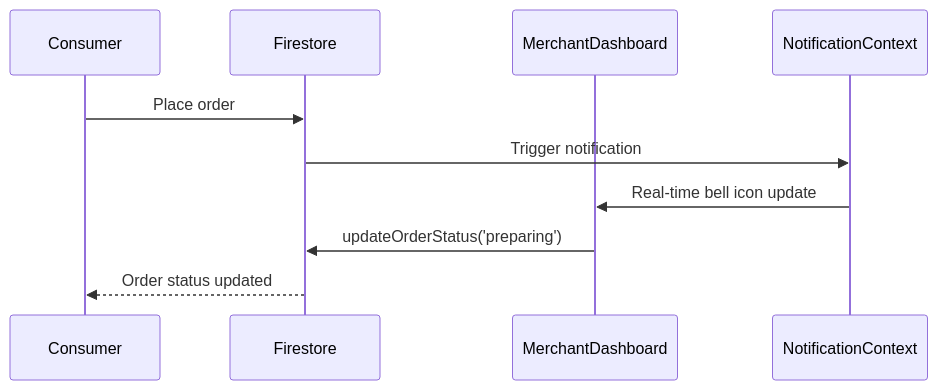
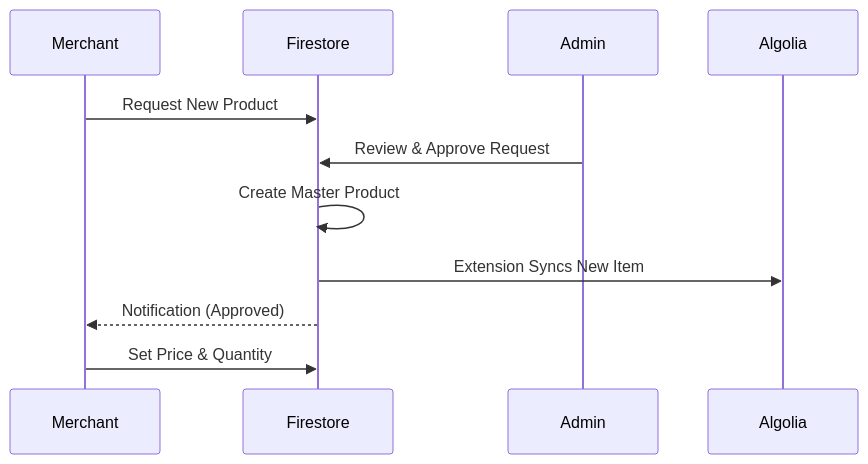
One commit to spendigo-admin/spendigo-v1-relational_db changed the third of 3 diagrams in docs/ARCHITECTURE.md. Above: the diagram before and after it, drawn with Mermaid. The commit also changed other lines of this file and 28 other files, not shown here.

````diff
--- a/docs/ARCHITECTURE.md
+++ b/docs/ARCHITECTURE.md
@@ -122,13 +132,14 @@
 ```mermaid
 sequenceDiagram
-    participant Consumer
+    participant Merchant
     participant Firestore
-    participant MerchantDashboard
-    participant NotificationContext
+    participant Admin
+    participant Algolia
 
-    Consumer->>Firestore: Place order
-    Firestore->>NotificationContext: Trigger notification
-    NotificationContext->>MerchantDashboard: Real-time bell icon update
-    MerchantDashboard->>Firestore: updateOrderStatus('preparing')
-    Firestore-->>Consumer: Order status updated
+    Merchant->>Firestore: Request New Product
+    Admin->>Firestore: Review & Approve Request
+    Firestore->>Firestore: Create Master Product
+    Firestore->>Algolia: Extension Syncs New Item
+    Firestore-->>Merchant: Notification (Approved)
+    Merchant->>Firestore: Set Price & Quantity
 ```
````
